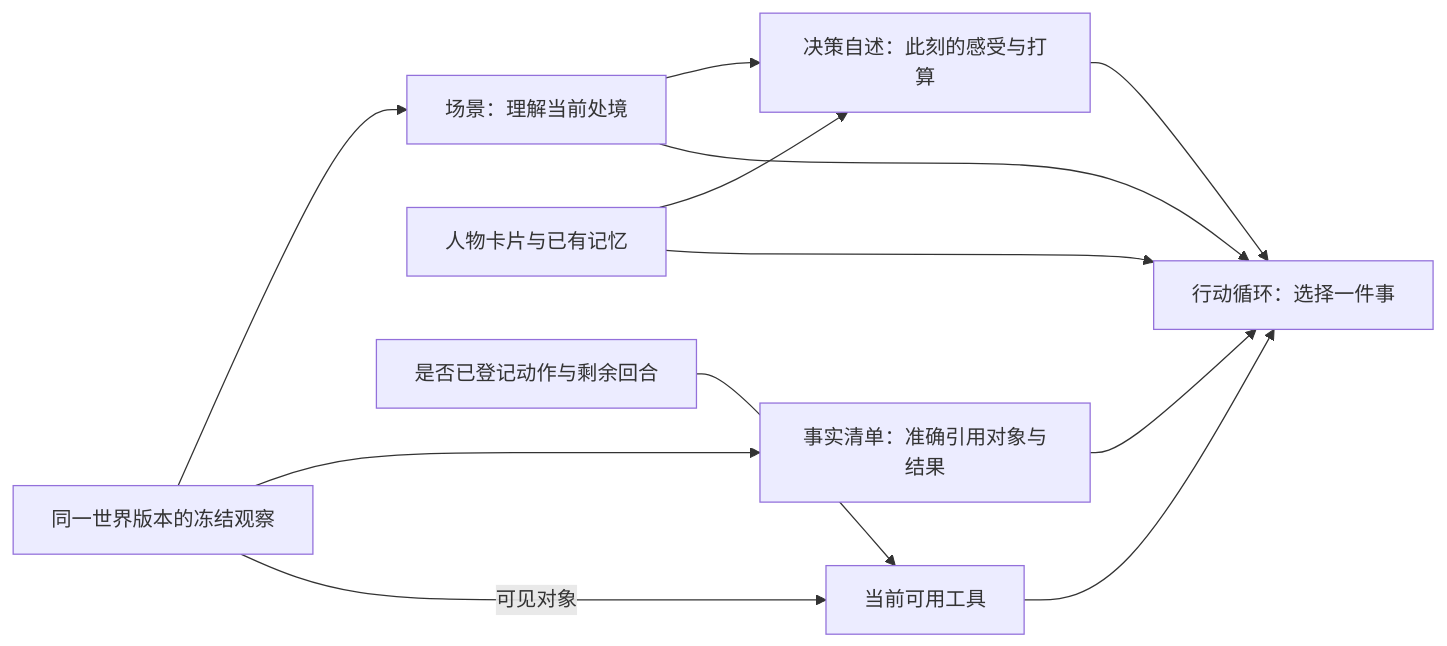
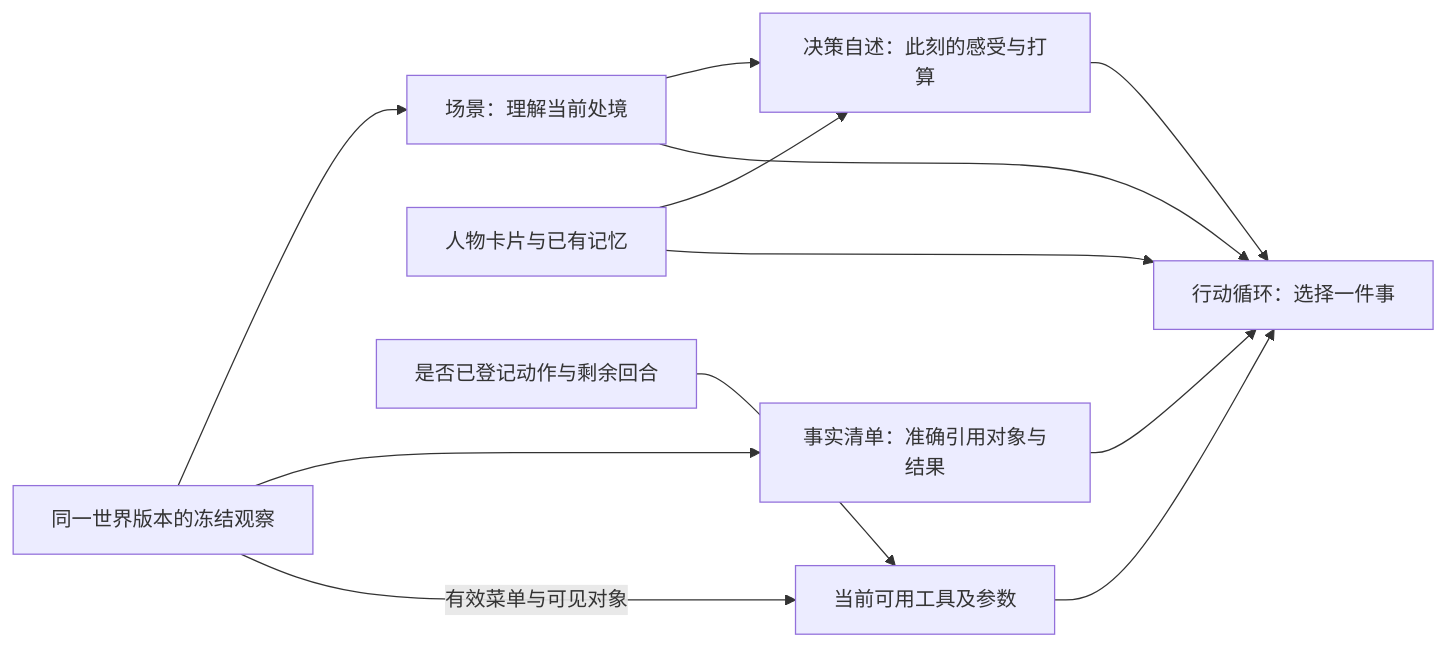
The third of 9 diagrams in docs/design/04-simulation-engine.md (HoldThatThgt/WorldMock), drawn with Mermaid before and after one commit. The commit also changed other lines of this file and 46 other files, not shown here.

````diff
--- a/docs/design/04-simulation-engine.md
+++ b/docs/design/04-simulation-engine.md
@@ -164,11 +169,11 @@
 ```mermaid
 flowchart LR
     W[同一世界版本的冻结观察] --> S[场景：理解当前处境]
     W --> F[事实清单：准确引用对象与结果]
     C[人物卡片与已有记忆] --> D[决策自述：此刻的感受与打算]
     S --> D
     C & S & F & D --> A[行动循环：选择一件事]
-    W -->|可见对象| T[当前可用工具]
+    W -->|有效菜单与可见对象| T[当前可用工具及参数]
     P[是否已登记动作与剩余回合] --> T
     T --> A
 ```
````
